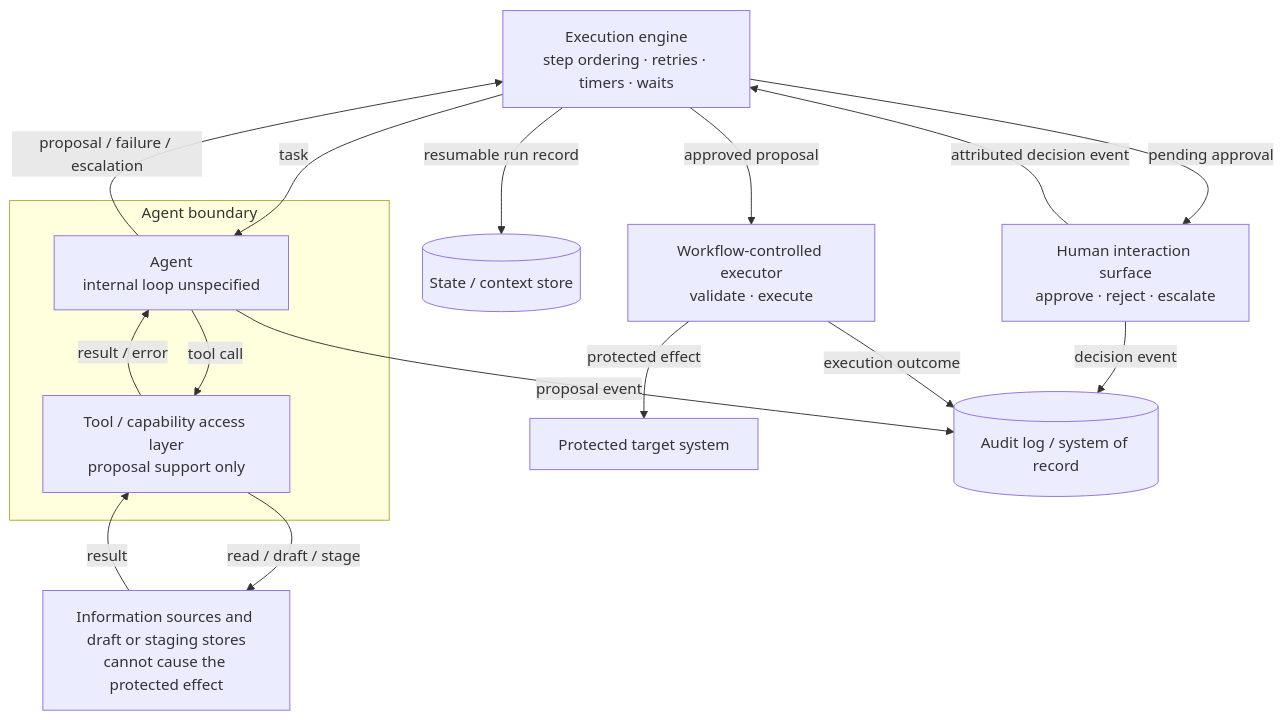
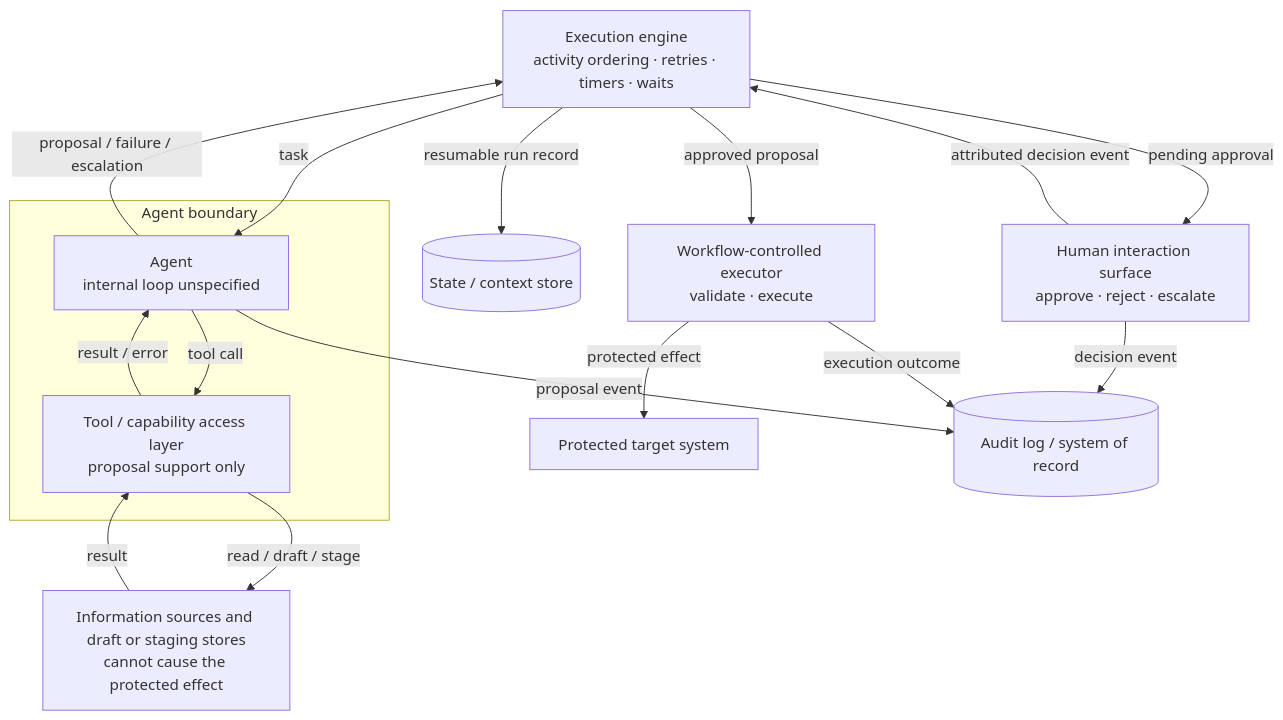
Before and after one commit to mzagar/wg-workflows-and-process-integration: the diagram in workstreams/reference-architectures/architectures/single-agent-human-approval.md, drawn with Mermaid. The commit also changed other lines of this file and 6 other files, not shown here.

Commit message:
Replace reference architecture steps with activities

````diff
--- a/workstreams/reference-architectures/architectures/single-agent-human-approval.md
+++ b/workstreams/reference-architectures/architectures/single-agent-human-approval.md
@@ -105,31 +105,31 @@
 ```mermaid
 flowchart TB
-    E["Execution engine<br/>step ordering · retries · timers · waits"]
+    E["Execution engine<br/>activity ordering · retries · timers · waits"]
 
     subgraph AB["Agent boundary"]
         A["Agent<br/>internal loop unspecified"]
         T["Tool / capability access layer<br/>proposal support only"]
         A --> |"tool call"| T
         T --> |"result / error"| A
     end
 
     I["Information sources and draft or staging stores<br/>cannot cause the protected effect"]
     H["Human interaction surface<br/>approve · reject · escalate"]
     X["Workflow-controlled executor<br/>validate · execute"]
     P["Protected target system"]
     S[("State / context store")]
     R[("Audit log / system of record")]
 
     E --> |"task"| A
     A --> |"proposal / failure / escalation"| E
     T --> |"read / draft / stage"| I
     I --> |"result"| T
     E --> |"pending approval"| H
     H --> |"attributed decision event"| E
     E --> |"approved proposal"| X
     X --> |"protected effect"| P
     E --> |"resumable run record"| S
     A --> |"proposal event"| R
     H --> |"decision event"| R
     X --> |"execution outcome"| R
 ```
````
